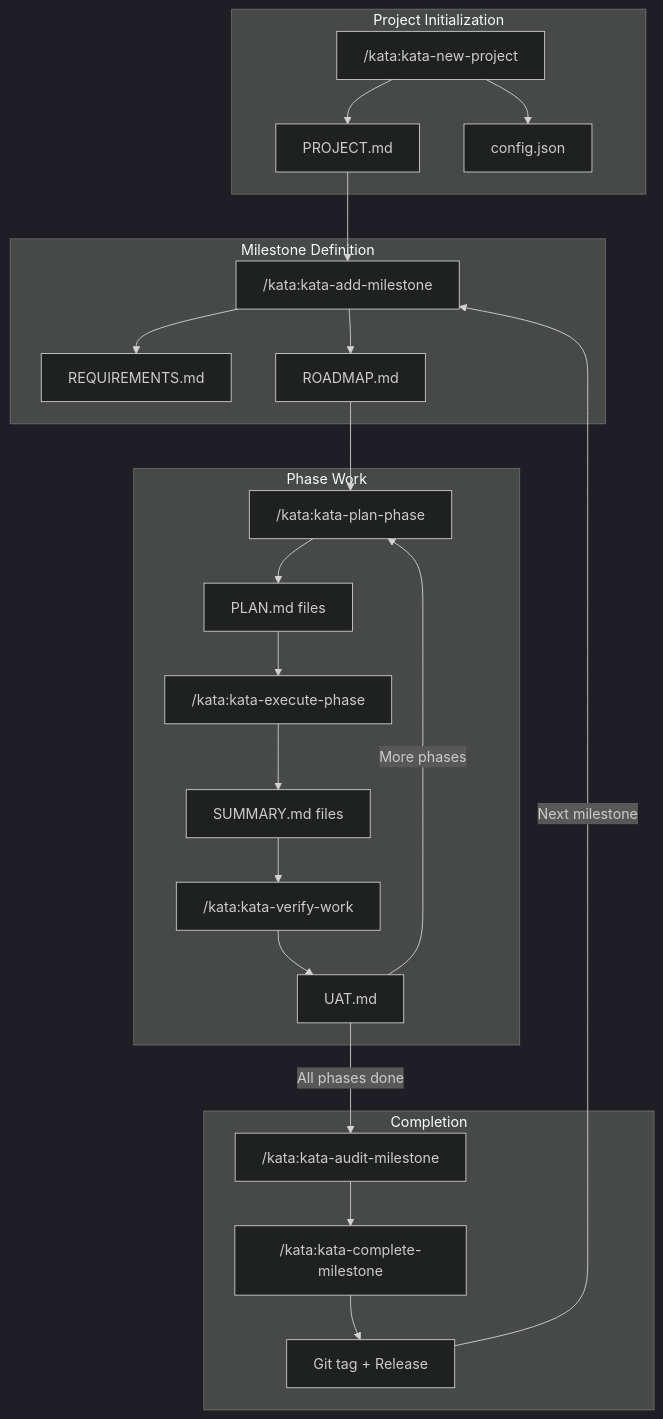
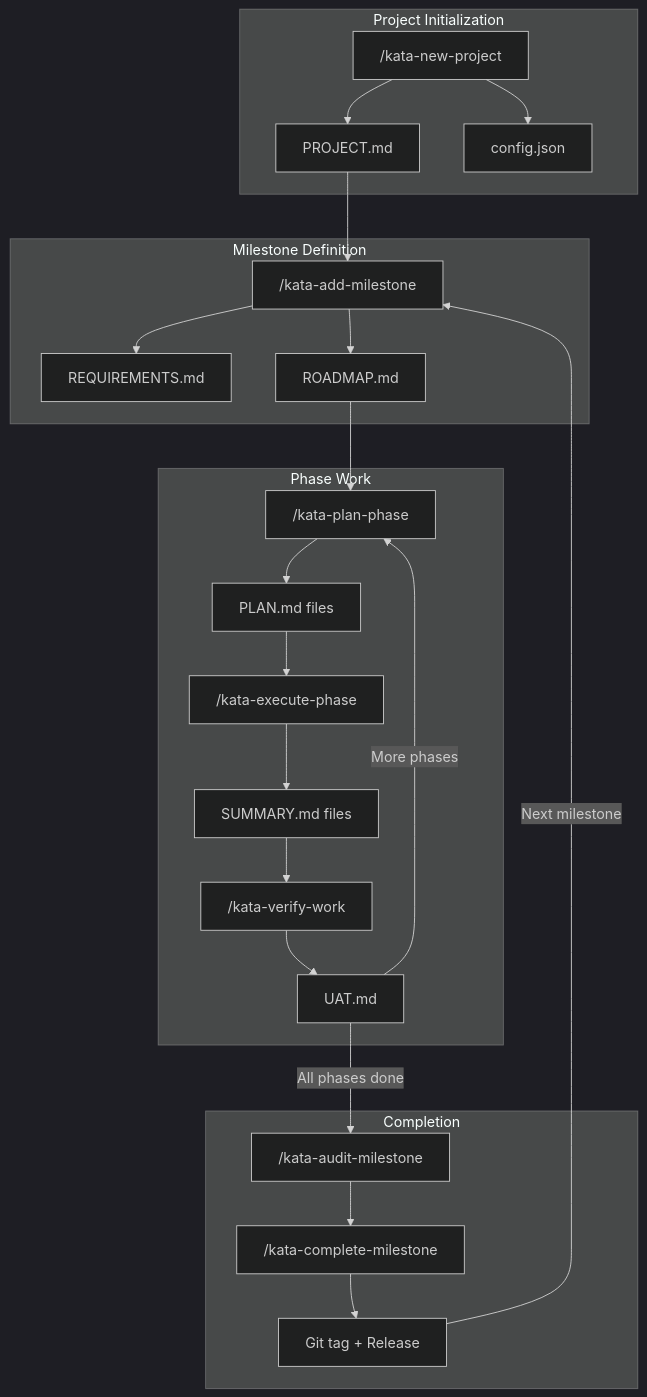
The second of 6 diagrams in .docs/diagrams/FLOWS.md (gannonh/kata), drawn with Mermaid before and after one commit. The commit also changed other lines of this file and 89 other files, not shown here.

````diff
--- a/.docs/diagrams/FLOWS.md
+++ b/.docs/diagrams/FLOWS.md
@@ -46,47 +46,47 @@
 ```mermaid
 %%{init: {'theme': 'dark'}}%%
 flowchart TD
     subgraph Init["Project Initialization"]
-        NP["/kata:kata-new-project"]
+        NP["/kata-new-project"]
         PROJ["PROJECT.md"]
         CFG["config.json"]
     end
 
     subgraph Milestone["Milestone Definition"]
-        AMI["/kata:kata-add-milestone"]
+        AMI["/kata-add-milestone"]
         REQ["REQUIREMENTS.md"]
         ROAD["ROADMAP.md"]
     end
 
     subgraph Phase["Phase Work"]
-        PLN["/kata:kata-plan-phase"]
+        PLN["/kata-plan-phase"]
         PLAN["PLAN.md files"]
-        EXE["/kata:kata-execute-phase"]
+        EXE["/kata-execute-phase"]
         SUM["SUMMARY.md files"]
-        VER["/kata:kata-verify-work"]
+        VER["/kata-verify-work"]
         UAT["UAT.md"]
     end
 
     subgraph Complete["Completion"]
-        AUD["/kata:kata-audit-milestone"]
-        CMP["/kata:kata-complete-milestone"]
+        AUD["/kata-audit-milestone"]
+        CMP["/kata-complete-milestone"]
         TAG["Git tag + Release"]
     end
 
     NP --> PROJ
     NP --> CFG
     PROJ --> AMI
     AMI --> REQ
     AMI --> ROAD
     ROAD --> PLN
     PLN --> PLAN
     PLAN --> EXE
     EXE --> SUM
     SUM --> VER
     VER --> UAT
     UAT -->|"All phases done"| AUD
     UAT -->|"More phases"| PLN
     AUD --> CMP
     CMP --> TAG
     TAG -->|"Next milestone"| AMI
 ```
````
